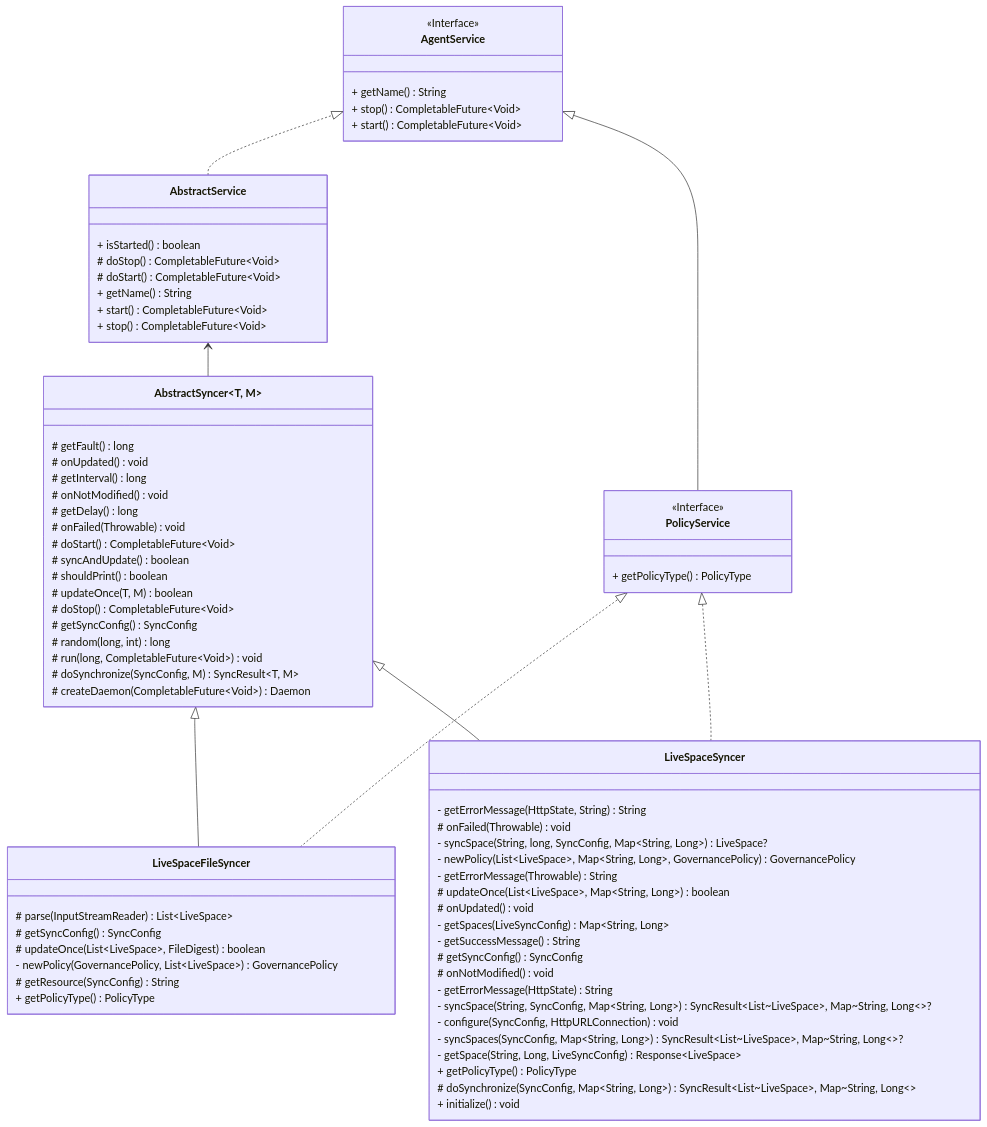
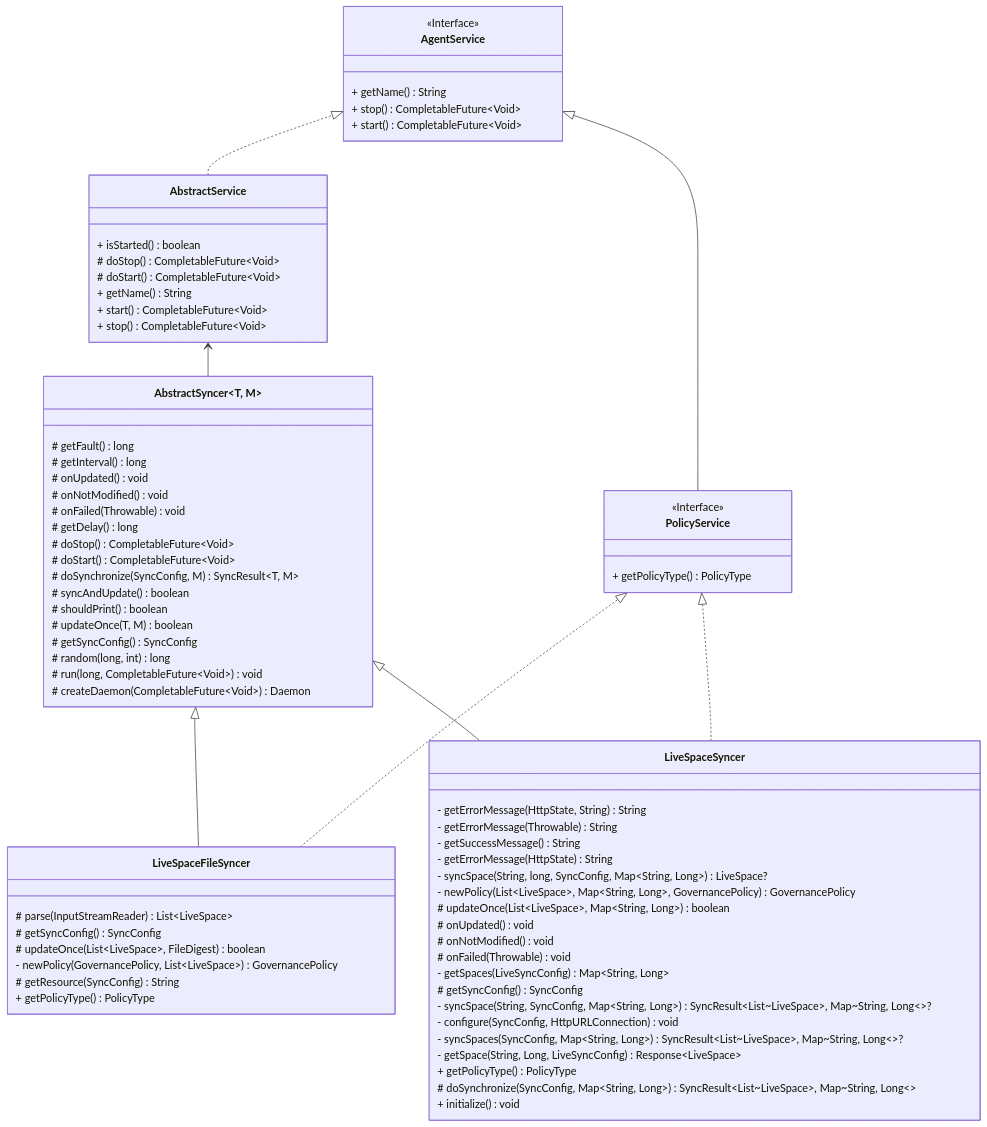
The second of 2 diagrams in docs/cn/sync.md (jd-opensource/joylive-agent), drawn with Mermaid before and after one commit. The commit also changed other lines of this file, not shown here.

````diff
--- a/docs/cn/sync.md
+++ b/docs/cn/sync.md
@@ -72,77 +72,77 @@
 ```mermaid
 classDiagram
 direction BT
 class AbstractService {
   + isStarted() boolean
   # doStop() CompletableFuture~Void~
   # doStart() CompletableFuture~Void~
   + getName() String
   + start() CompletableFuture~Void~
   + stop() CompletableFuture~Void~
 }
 class AbstractSyncer~T, M~ {
   # getFault() long
+  # getInterval() long
   # onUpdated() void
-  # getInterval() long
   # onNotModified() void
+  # onFailed(Throwable) void
   # getDelay() long
-  # onFailed(Throwable) void
+  # doStop() CompletableFuture~Void~
   # doStart() CompletableFuture~Void~
+  # doSynchronize(SyncConfig, M) SyncResult~T, M~
   # syncAndUpdate() boolean
   # shouldPrint() boolean
   # updateOnce(T, M) boolean
-  # doStop() CompletableFuture~Void~
   # getSyncConfig() SyncConfig
   # random(long, int) long
   # run(long, CompletableFuture~Void~) void
-  # doSynchronize(SyncConfig, M) SyncResult~T, M~
   # createDaemon(CompletableFuture~Void~) Daemon
 }
 class AgentService {
 <<Interface>>
   + getName() String
   + stop() CompletableFuture~Void~
   + start() CompletableFuture~Void~
 }
 class LiveSpaceFileSyncer {
   # parse(InputStreamReader) List~LiveSpace~
   # getSyncConfig() SyncConfig
   # updateOnce(List~LiveSpace~, FileDigest) boolean
   - newPolicy(GovernancePolicy, List~LiveSpace~) GovernancePolicy
   # getResource(SyncConfig) String
   + getPolicyType() PolicyType
 }
 class LiveSpaceSyncer {
   - getErrorMessage(HttpState, String) String
-  # onFailed(Throwable) void
+  - getErrorMessage(Throwable) String
+  - getSuccessMessage() String
+  - getErrorMessage(HttpState) String
   - syncSpace(String, long, SyncConfig, Map~String, Long~) LiveSpace?
   - newPolicy(List~LiveSpace~, Map~String, Long~, GovernancePolicy) GovernancePolicy
-  - getErrorMessage(Throwable) String
   # updateOnce(List~LiveSpace~, Map~String, Long~) boolean
   # onUpdated() void
+  # onNotModified() void
+  # onFailed(Throwable) void
   - getSpaces(LiveSyncConfig) Map~String, Long~
-  - getSuccessMessage() String
   # getSyncConfig() SyncConfig
-  # onNotModified() void
-  - getErrorMessage(HttpState) String
   - syncSpace(String, SyncConfig, Map~String, Long~) SyncResult~List~LiveSpace~, Map~String, Long~~?
   - configure(SyncConfig, HttpURLConnection) void
   - syncSpaces(SyncConfig, Map~String, Long~) SyncResult~List~LiveSpace~, Map~String, Long~~?
   - getSpace(String, Long, LiveSyncConfig) Response~LiveSpace~
   + getPolicyType() PolicyType
   # doSynchronize(SyncConfig, Map~String, Long~) SyncResult~List~LiveSpace~, Map~String, Long~~
   + initialize() void
 }
 class PolicyService {
 <<Interface>>
   + getPolicyType() PolicyType
 }
 
 PolicyService  --|>  AgentService
 AbstractService  ..|>  AgentService
 AbstractSyncer~T, M~  -->  AbstractService
 LiveSpaceSyncer  --|>  AbstractSyncer~T, M~
 LiveSpaceFileSyncer  --|>  AbstractSyncer~T, M~ 
 LiveSpaceFileSyncer  ..|>  PolicyService
 LiveSpaceSyncer  ..|>  PolicyService
 ```
````
